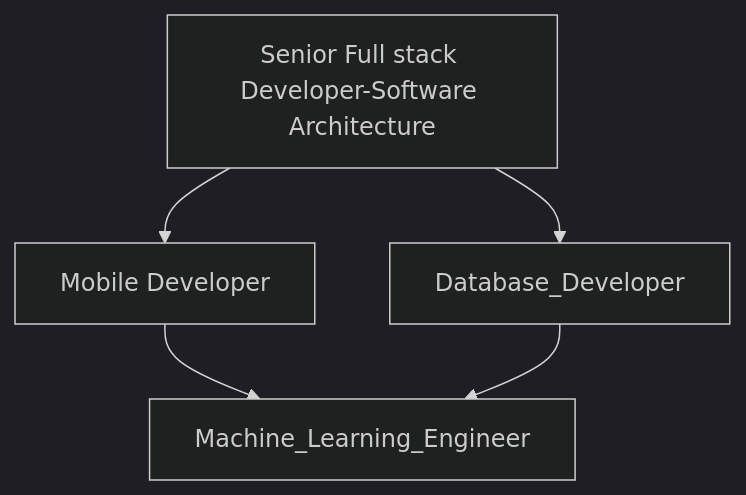
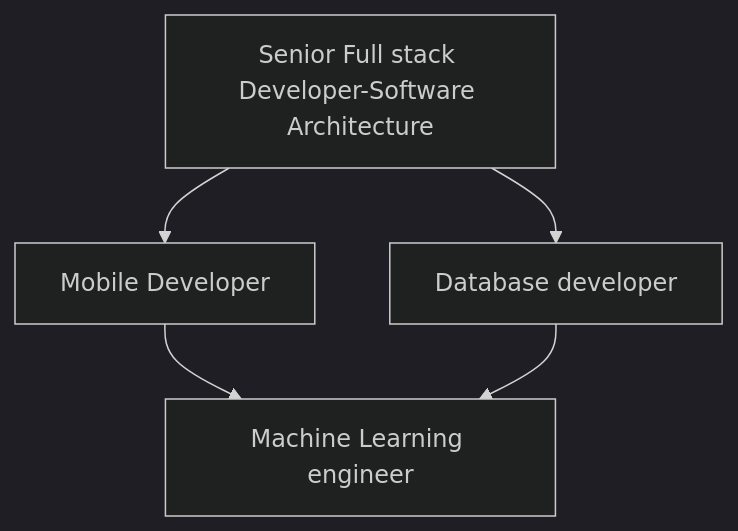
One commit to saskw2010/saskw2010 changed the first of 4 diagrams in README.md. Above: the diagram before and after it, drawn with Mermaid (dark theme).

````diff
--- a/README.md
+++ b/README.md
@@ -8,7 +8,7 @@
 ```mermaid
 	graph TD;
   	 	A[Senior Full stack Developer-Software Architecture]-->B[Mobile Developer];
-   	 	A-->C[Database_Developer];
-	 	B-->D[Machine_Learning_Engineer];
+   	 	A-->C[Database developer];
+	 	B-->D[Machine Learning engineer];
 	 	C-->D;
 ```
````
